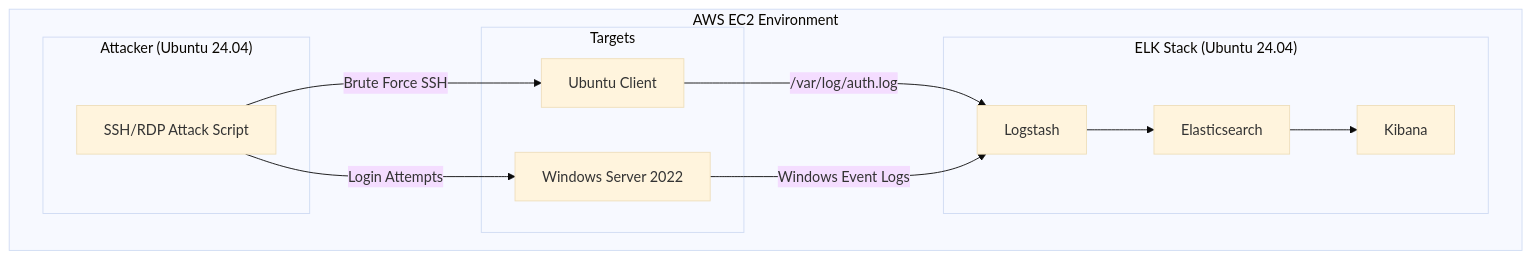
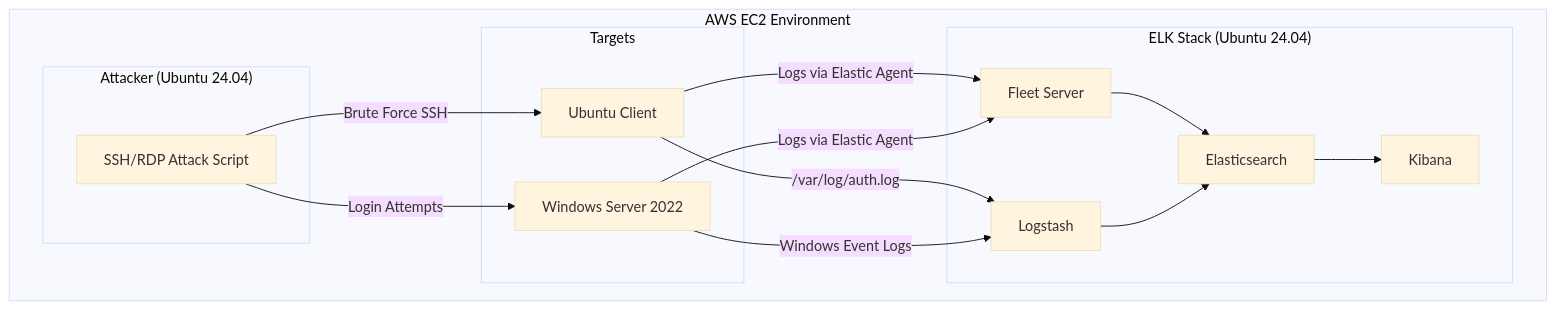
One commit to Muts256/Detection-ELK changed the diagram in README.md. Above: the diagram before and after it, drawn with Mermaid (base theme).

````diff
--- a/README.md
+++ b/README.md
@@ -23,31 +23,40 @@
 ```mermaid
 flowchart TB
     subgraph AWS["AWS EC2 Environment"]
 
         subgraph A["Attacker (Ubuntu 24.04)"]
             A1[SSH/RDP Attack Script]
         end
 
         subgraph T["Targets"]
             T1[Ubuntu Client]
             T2[Windows Server 2022]
         end
 
         subgraph E["ELK Stack (Ubuntu 24.04)"]
+            FS[Fleet Server]
             L[Logstash]
             ES[Elasticsearch]
             K[Kibana]
         end
 
     end
 
     A1 -->|Brute Force SSH| T1
     A1 -->|Login Attempts| T2
 
+    %% Endpoint telemetry goes via Fleet Server (modern path)
+    T1 -->|Logs via Elastic Agent| FS
+    T2 -->|Logs via Elastic Agent| FS
+
+    %% Optional legacy ingestion path (if used in your lab)
     T1 -->|/var/log/auth.log| L
     T2 -->|Windows Event Logs| L
 
+    %% Processing pipeline
+    FS --> ES
     L --> ES
+
+    %% Visualization
     ES --> K
-
 ```
````
